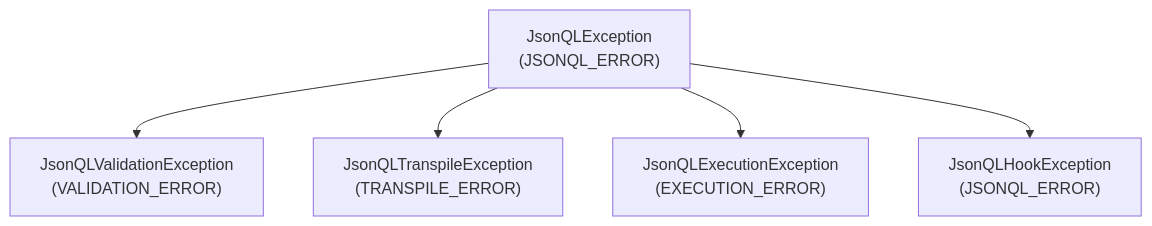
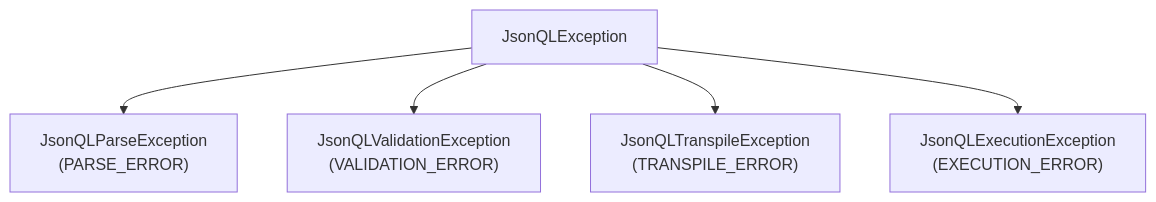
The diagram in src/content/docs/sdk/java.md (JSONQL-Standard/jsonql-docs), drawn with Mermaid before and after one commit. The commit also changed other lines of this file and 3 other files, not shown here.

First line of the commit message:
docs: rewrite SDK pages — install, config, use flow

````diff
--- a/src/content/docs/sdk/java.md
+++ b/src/content/docs/sdk/java.md
@@ -196,7 +218,7 @@
 ```mermaid
 graph TD
-    E["JsonQLException<br/>(JSONQL_ERROR)"] --> V["JsonQLValidationException<br/>(VALIDATION_ERROR)"]
+    E["JsonQLException"] --> P["JsonQLParseException<br/>(PARSE_ERROR)"]
+    E --> V["JsonQLValidationException<br/>(VALIDATION_ERROR)"]
     E --> T["JsonQLTranspileException<br/>(TRANSPILE_ERROR)"]
     E --> X["JsonQLExecutionException<br/>(EXECUTION_ERROR)"]
-    E --> H["JsonQLHookException<br/>(JSONQL_ERROR)"]
 ```
````
